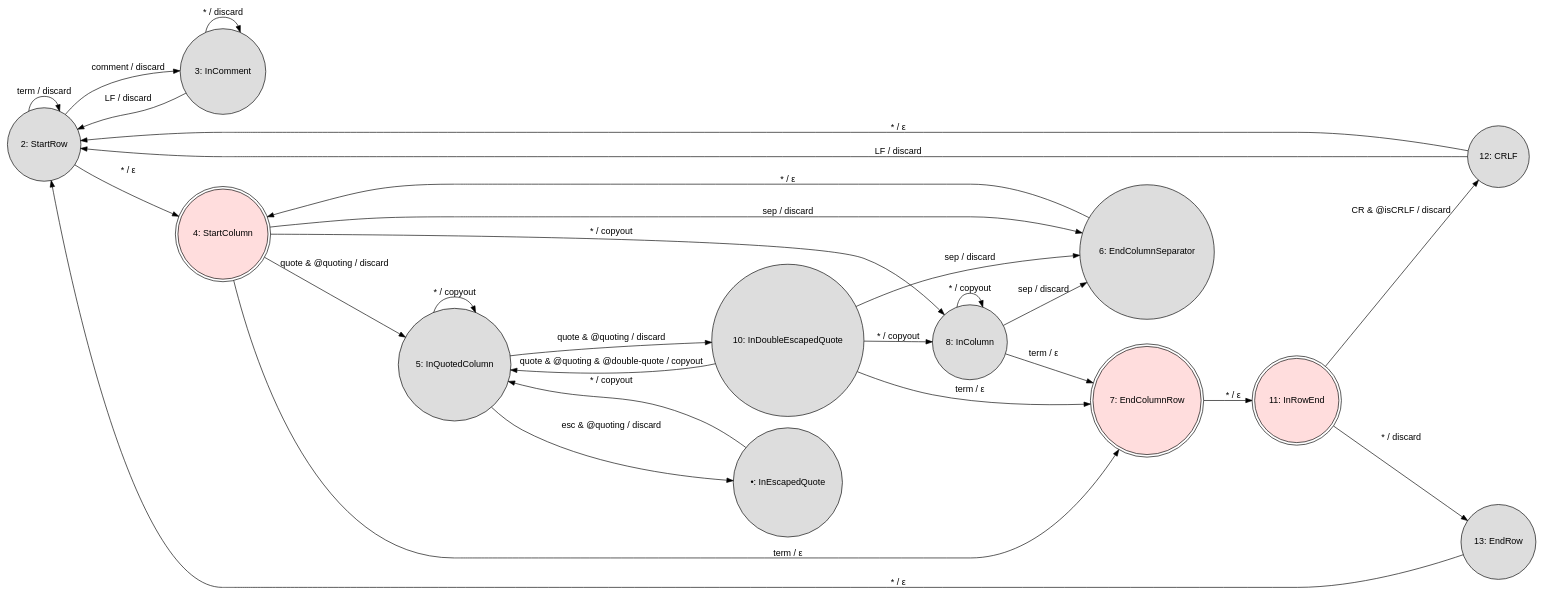
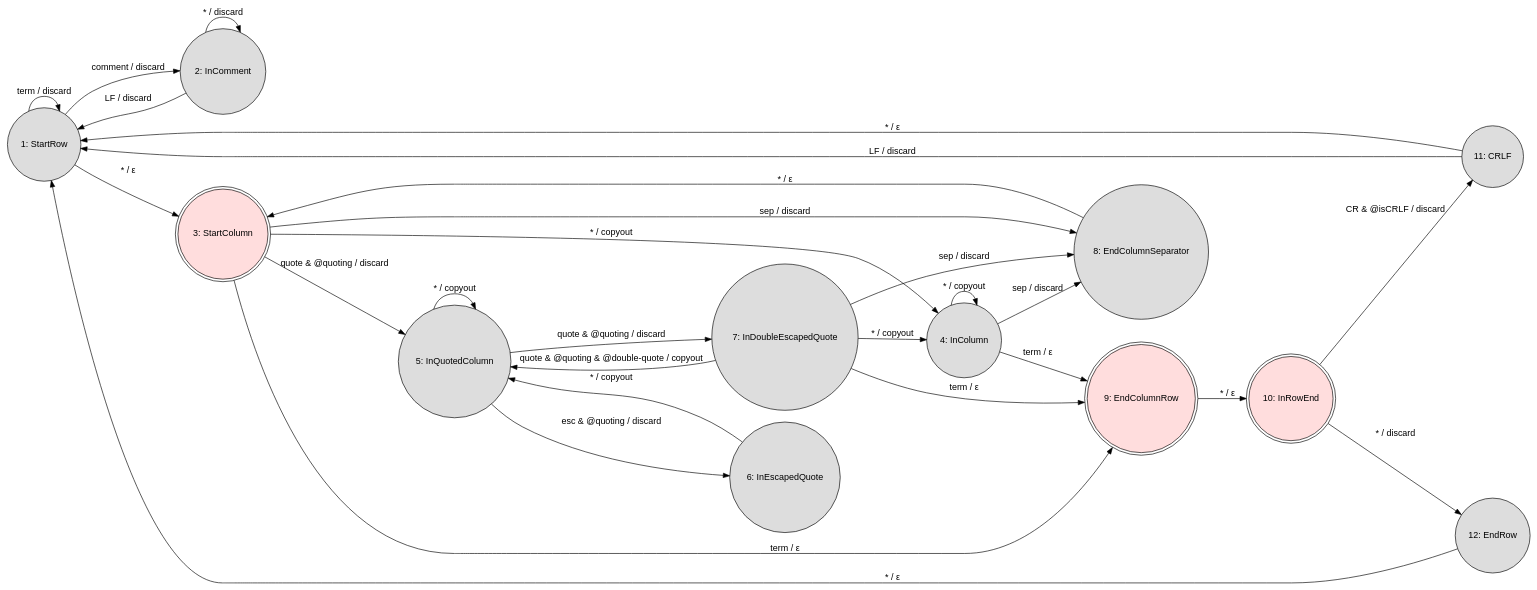
One commit to shreeve/censive changed the diagram in csv.dot. Above: the diagram before and after it, drawn with Graphviz. The commit also changed 2 other files, not shown here.

Commit message:
Include CSV state chart diagram

```diff
--- a/csv.dot
+++ b/csv.dot
@@ -1,60 +1,59 @@
 digraph finite_state_machine {
   fontname="Helvetica,Arial,sans-serif"
   node [fontname="Helvetica,Arial,sans-serif"]
   edge [fontname="Helvetica,Arial,sans-serif"]
   rankdir=LR;
   node [shape = circle, style=filled, fillcolor="#dddddd"];
 
-  2  [label="2: StartRow"];
-  3  [label="3: InComment"];
-  4  [label="4: StartColumn", shape=doublecircle, fillcolor="#ffdddd"];
-  8  [label="8: InColumn"];
+  1  [label="1: StartRow"];
+  2  [label="2: InComment"];
+  3  [label="3: StartColumn", shape=doublecircle, fillcolor="#ffdddd"];
+  4  [label="4: InColumn"];
   5  [label="5: InQuotedColumn"];
-  • [label="•: InEscapedQuote"];
-  10 [label="10: InDoubleEscapedQuote"];
-  6  [label="6: EndColumnSeparator"];
-  7  [label="7: EndColumnRow", shape=doublecircle, fillcolor="#ffdddd"];
-  11 [label="11: InRowEnd", shape=doublecircle, fillcolor="#ffdddd"];
-  12 [label="12: CRLF"];
-  13 [label="13: EndRow"];
+  6  [label="6: InEscapedQuote"];
+  7  [label="7: InDoubleEscapedQuote"];
+  8  [label="8: EndColumnSeparator"];
+  9  [label="9: EndColumnRow", shape=doublecircle, fillcolor="#ffdddd"];
+  10 [label="10: InRowEnd", shape=doublecircle, fillcolor="#ffdddd"];
+  11 [label="11: CRLF"];
+  12 [label="12: EndRow"];
 
-  2  -> 2  [label="term / discard"];
-  2  -> 3  [label="comment / discard"];
-  2  -> 4  [label="* / ε"];
+  1  -> 1  [label="term / discard"];
+  1  -> 2  [label="comment / discard"];
+  1  -> 3  [label="* / ε"];
 
-  3  -> 2  [label="LF / discard"];
-  3  -> 3  [label="* / discard"];
+  2  -> 1  [label="LF / discard"];
+  2  -> 2  [label="* / discard"];
 
-  4  -> 5  [label="quote & @quoting / discard"];
-  4  -> 6  [label="sep / discard"];
-  4  -> 7  [label="term / ε"]
-  4  -> 8  [label="* / copyout"];
+  3  -> 4  [label="* / copyout"];
+  3  -> 5  [label="quote & @quoting / discard"];
+  3  -> 8  [label="sep / discard"];
+  3  -> 9  [label="term / ε"]
+
+  4  -> 4  [label="* / copyout"];
+  4  -> 8  [label="sep / discard"];
+  4  -> 9  [label="term / ε"]
 
   5  -> 5  [label="* / copyout"];
-  5  -> 10 [label="quote & @quoting / discard"];
-  5  -> •  [label="esc & @quoting / discard"];
+  5  -> 6  [label="esc & @quoting / discard"];
+  5  -> 7  [label="quote & @quoting / discard"];
 
-  6  -> 4  [label="* / ε"];
+  6  -> 5  [label="* / copyout"];
 
-  7  -> 11 [label="* / ε"];
+  7  -> 4  [label="* / copyout"];
+  7  -> 5  [label="quote & @quoting & @double-quote / copyout"];
+  7  -> 8  [label="sep / discard"];
+  7  -> 9  [label="term / ε"]
 
-  8  -> 6  [label="sep / discard"];
-  8  -> 7  [label="term / ε"]
-  8  -> 8  [label="* / copyout"];
+  8  -> 3  [label="* / ε"];
 
-  11 -> 12 [label="CR & @isCRLF / discard"];
-  11 -> 13 [label="* / discard"];
+  9  -> 10 [label="* / ε"];
 
-  10 -> 5  [label="quote & @quoting & @double-quote / copyout"];
-  10 -> 6  [label="sep / discard"];
-  10 -> 7  [label="term / ε"]
-  10 -> 8  [label="* / copyout"];
+  10 -> 11 [label="CR & @isCRLF / discard"];
+  10 -> 12 [label="* / discard"];
 
-  •  -> 5  [label="* / copyout"];
+  11 -> 1  [label="* / ε"];
+  11 -> 1  [label="LF / discard"];
 
-  12 -> 2  [label="* / ε"];
-  12 -> 2  [label="LF / discard"];
-
-  13 -> 2  [label="* / ε"];
-
+  12 -> 1  [label="* / ε"];
 }
```
